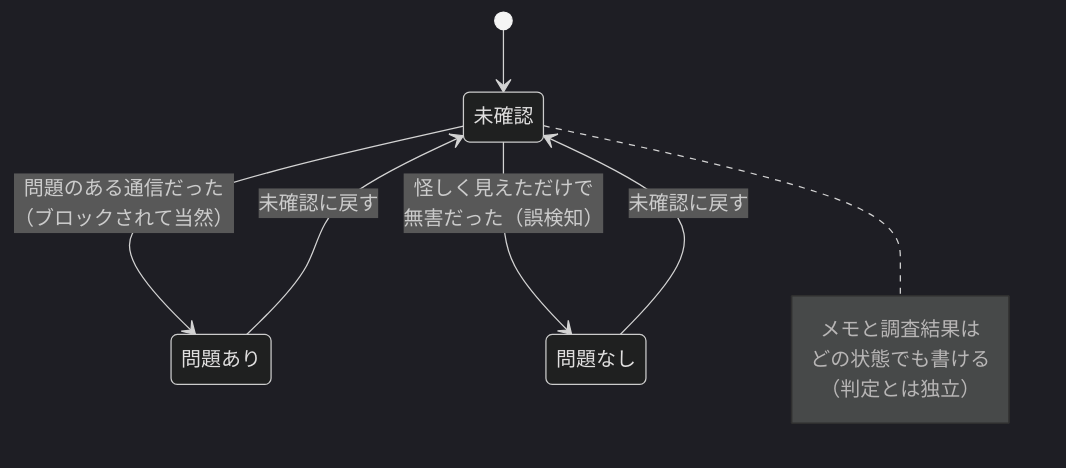
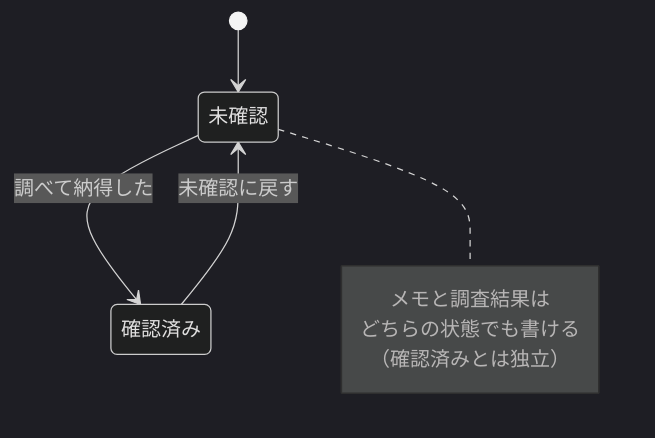
The fifth of 6 diagrams in docs/architecture.md (rtcode337/pihole-monitor), drawn with Mermaid (dark theme) before and after one commit. The commit also changed other lines of this file and 21 other files, not shown here.

````diff
--- a/docs/architecture.md
+++ b/docs/architecture.md
@@ -200,14 +200,12 @@
 ```mermaid
 stateDiagram-v2
     [*] --> 未確認
-    未確認 --> 問題あり : 問題のある通信だった<br/>（ブロックされて当然）
-    未確認 --> 問題なし : 怪しく見えただけで<br/>無害だった（誤検知）
-    問題あり --> 未確認 : 未確認に戻す
-    問題なし --> 未確認 : 未確認に戻す
+    未確認 --> 確認済み : 調べて納得した
+    確認済み --> 未確認 : 未確認に戻す
 
     note right of 未確認
         メモと調査結果は
-        どの状態でも書ける
-        （判定とは独立）
+        どちらの状態でも書ける
+        （確認済みとは独立）
     end note
 ```
````
